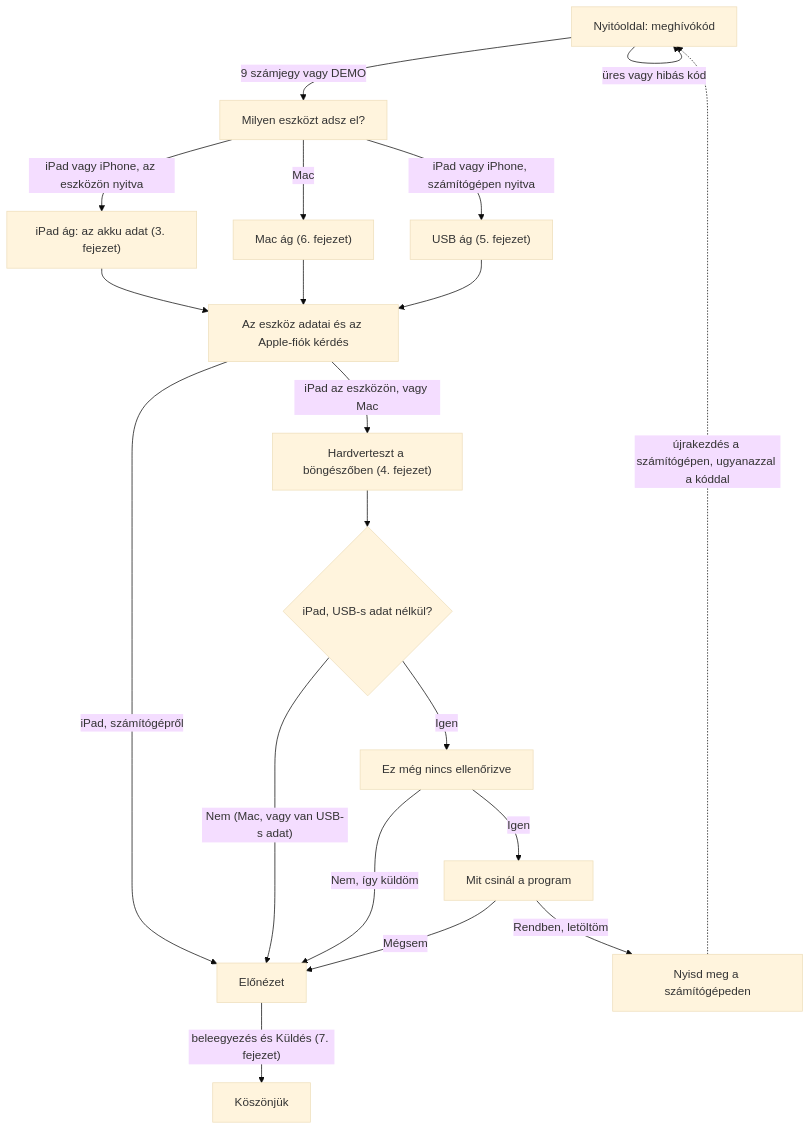
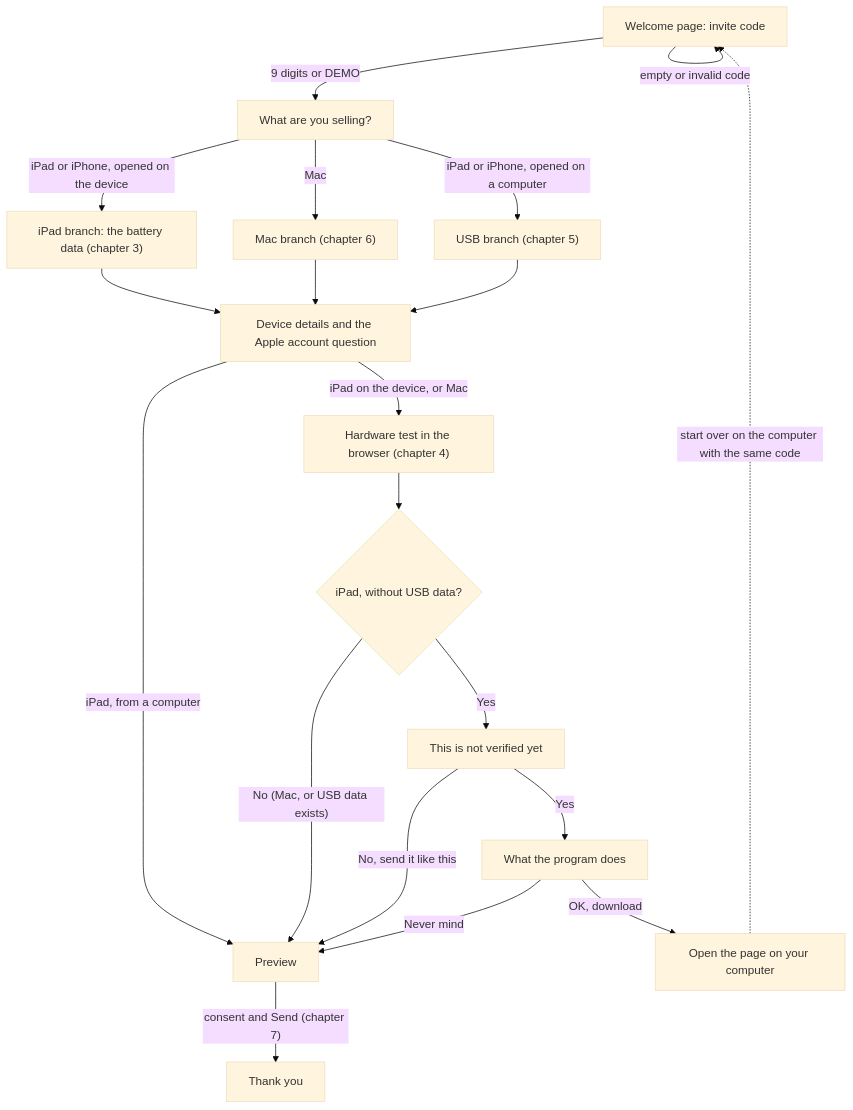
One commit to krisz0722/ipad-audit changed the first of 7 diagrams in docs/flows.en.md. Above: the diagram before and after it, drawn with Mermaid (base theme). The commit also changed other lines of this file and 1 other file, not shown here.

First line of the commit message:
docs: document the Mac tests and translate the English diagrams

````diff
--- a/docs/flows.en.md
+++ b/docs/flows.en.md
@@ -47,22 +47,22 @@
 ```mermaid
 flowchart TD
-  W["Nyitóoldal: meghívókód"] -->|"9 számjegy vagy DEMO"| K["Milyen eszközt adsz el?"]
-  W -->|"üres vagy hibás kód"| W
-  K -->|"Mac"| M["Mac ág (6. fejezet)"]
-  K -->|"iPad vagy iPhone, az eszközön nyitva"| I["iPad ág: az akku adat (3. fejezet)"]
-  K -->|"iPad vagy iPhone, számítógépen nyitva"| P["USB ág (5. fejezet)"]
-  I --> D["Az eszköz adatai és az Apple-fiók kérdés"]
+  W["Welcome page: invite code"] -->|"9 digits or DEMO"| K["What are you selling?"]
+  W -->|"empty or invalid code"| W
+  K -->|"Mac"| M["Mac branch (chapter 6)"]
+  K -->|"iPad or iPhone, opened on the device"| I["iPad branch: the battery data (chapter 3)"]
+  K -->|"iPad or iPhone, opened on a computer"| P["USB branch (chapter 5)"]
+  I --> D["Device details and the Apple account question"]
   M --> D
   P --> D
-  D -->|"iPad az eszközön, vagy Mac"| H["Hardverteszt a böngészőben (4. fejezet)"]
-  D -->|"iPad, számítógépről"| R["Előnézet"]
-  H --> A{"iPad, USB-s adat nélkül?"}
-  A -->|"Igen"| REM["Ez még nincs ellenőrizve"]
-  A -->|"Nem (Mac, vagy van USB-s adat)"| R
-  REM -->|"Nem, így küldöm"| R
-  REM -->|"Igen"| ABOUT["Mit csinál a program"]
-  ABOUT -->|"Mégsem"| R
-  ABOUT -->|"Rendben, letöltöm"| SW["Nyisd meg a számítógépeden"]
-  SW -.->|"újrakezdés a számítógépen, ugyanazzal a kóddal"| W
-  R -->|"beleegyezés és Küldés (7. fejezet)"| DONE["Köszönjük"]
+  D -->|"iPad on the device, or Mac"| H["Hardware test in the browser (chapter 4)"]
+  D -->|"iPad, from a computer"| R["Preview"]
+  H --> A{"iPad, without USB data?"}
+  A -->|"Yes"| REM["This is not verified yet"]
+  A -->|"No (Mac, or USB data exists)"| R
+  REM -->|"No, send it like this"| R
+  REM -->|"Yes"| ABOUT["What the program does"]
+  ABOUT -->|"Never mind"| R
+  ABOUT -->|"OK, download"| SW["Open the page on your computer"]
+  SW -.->|"start over on the computer with the same code"| W
+  R -->|"consent and Send (chapter 7)"| DONE["Thank you"]
 ```
````
